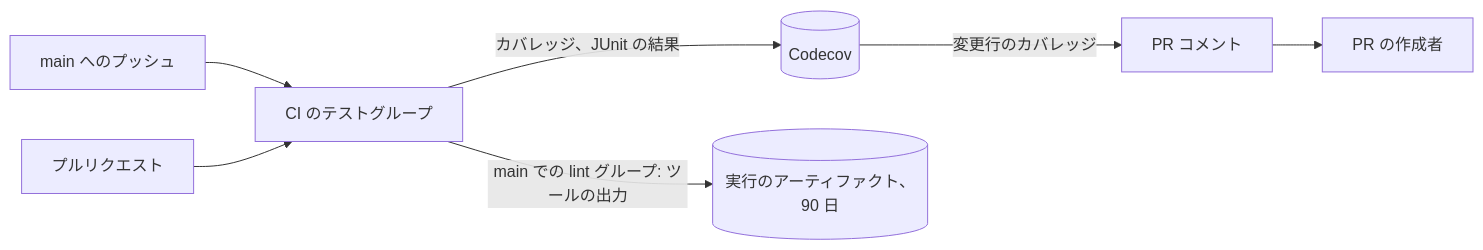
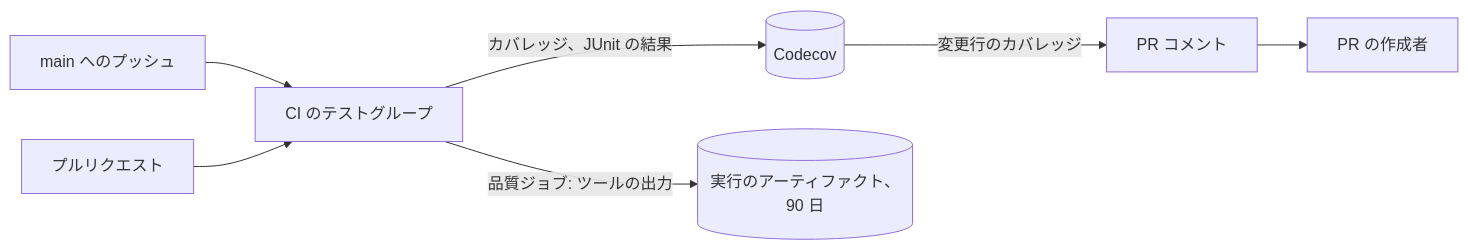
Before and after one commit to syudead/vv: the diagram in translations/ja/docs/design-docs/test-quality-monitoring.md, drawn with Mermaid. The commit also changed other lines of this file and 5 other files, not shown here.

````diff
--- a/translations/ja/docs/design-docs/test-quality-monitoring.md
+++ b/translations/ja/docs/design-docs/test-quality-monitoring.md
@@ -12,9 +12,9 @@
 ```mermaid
 flowchart LR
   push[main へのプッシュ] --> ci[CI のテストグループ]
   pr[プルリクエスト] --> ci
   ci -->|カバレッジ、JUnit の結果| codecov[(Codecov)]
-  ci -->|main での lint グループ: ツールの出力| art[(実行のアーティファクト、90 日)]
+  ci -->|品質ジョブ: ツールの出力| art[(実行のアーティファクト、90 日)]
   codecov -->|変更行のカバレッジ| prc[PR コメント]
   prc --> author[PR の作成者]
 ```
````
